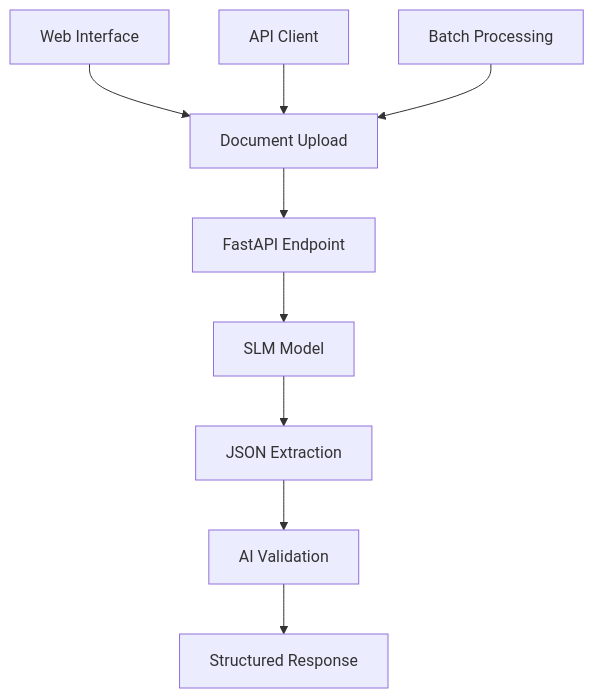
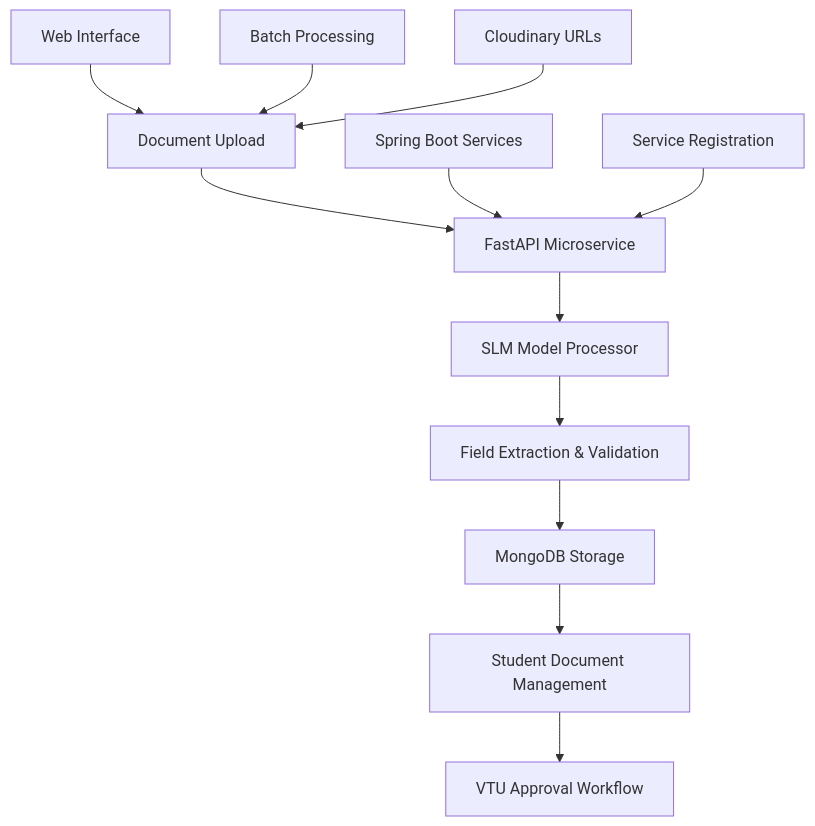
Before and after one commit to sanjanb/ocr-automation-pipeline: the diagram in README.md, drawn with Mermaid. The commit also changed other lines of this file and 2 other files, not shown here.

````diff
--- a/README.md
+++ b/README.md
@@ -68,12 +81,15 @@
 ```mermaid
 graph TD
-    A[Document Upload] --> B[FastAPI Endpoint]
-    B --> C[SLM Model]
-    C --> D[JSON Extraction]
-    D --> E[AI Validation]
-    E --> F[Structured Response]
+    A[Document Upload] --> B[FastAPI Microservice]
+    B --> C[SLM Model Processor]
+    C --> D[Field Extraction & Validation]
+    D --> E[MongoDB Storage]
+    E --> F[Student Document Management]
+    F --> G[VTU Approval Workflow]
 
-    G[Web Interface] --> A
-    H[API Client] --> A
+    H[Web Interface] --> A
     I[Batch Processing] --> A
+    J[Cloudinary URLs] --> A
+    K[Spring Boot Services] --> B
+    L[Service Registration] --> B
 ```
````
